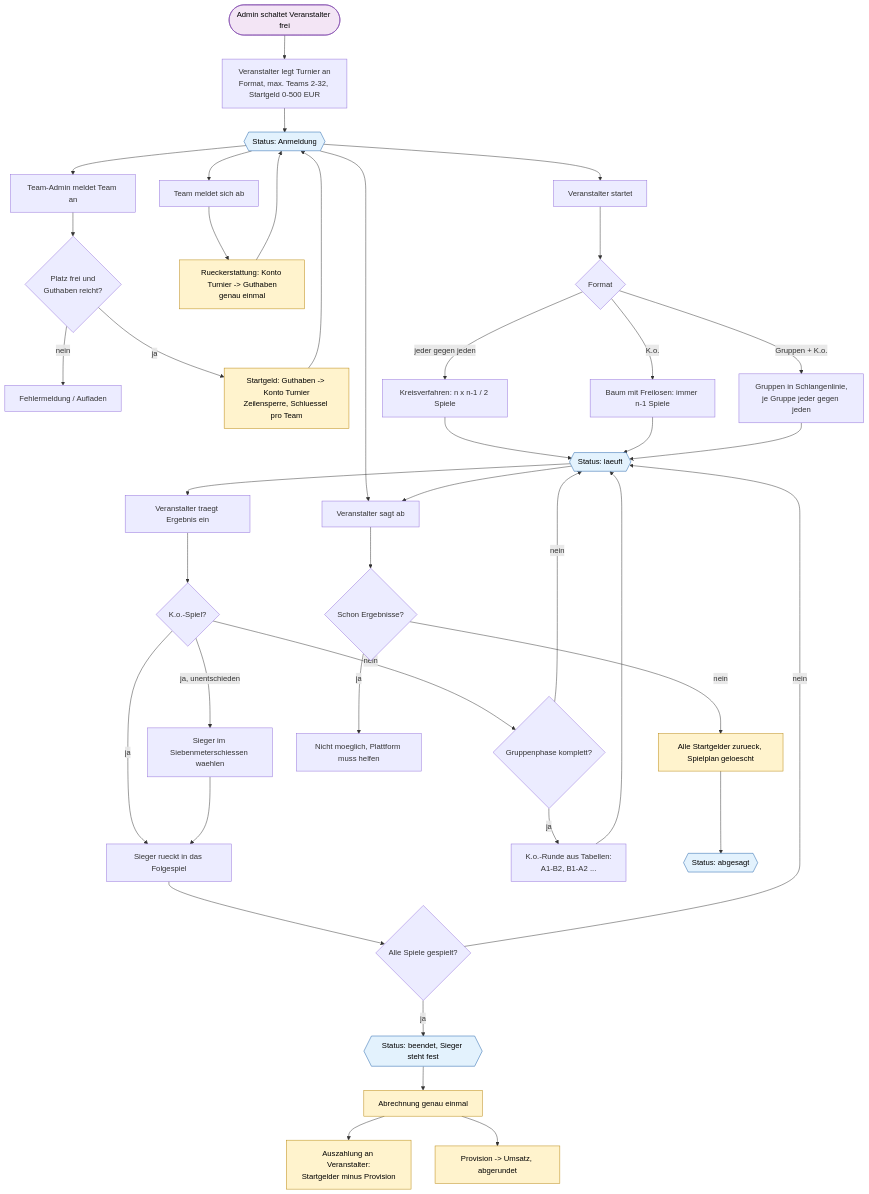
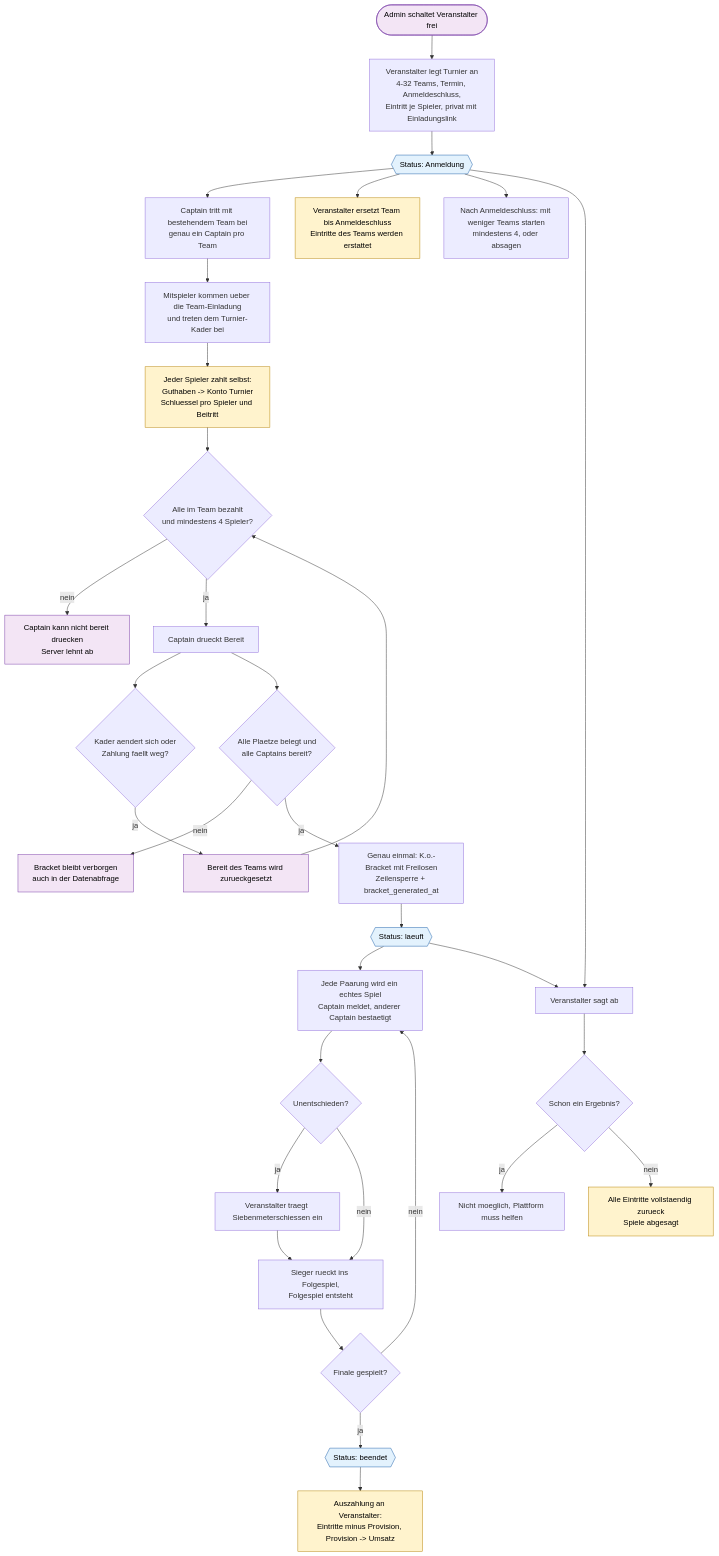
Before and after one commit to alperkagan67/soccaz: the third of 7 diagrams in docs/ARCHITEKTUR-GEBAUT.md, drawn with Mermaid. The commit also changed other lines of this file and 31 other files, not shown here.

Commit message:
Privatspiel (Einladungslink, Einteilung, geteilte Miete, nicht öffentlich), drei getrennte Spielarten, Zeitfenster klar benannt, Doku

````diff
--- a/docs/ARCHITEKTUR-GEBAUT.md
+++ b/docs/ARCHITEKTUR-GEBAUT.md
@@ -127,46 +131,38 @@
 ```mermaid
 flowchart TD
   classDef money fill:#fff3cd,stroke:#b8860b,color:#000
   classDef state fill:#e3f2fd,stroke:#1d5fa8,color:#000
   classDef rule fill:#f3e5f5,stroke:#7a3fa8,color:#000
 
-  A([Admin schaltet Veranstalter frei]):::rule --> B[Veranstalter legt Turnier an<br/>Format, max. Teams 2-32, Startgeld 0-500 EUR]
+  A([Admin schaltet Veranstalter frei]):::rule --> B[Veranstalter legt Turnier an<br/>4-32 Teams, Termin, Anmeldeschluss,<br/>Eintritt je Spieler, privat mit Einladungslink]
   B --> C{{Status: Anmeldung}}:::state
-  C --> D[Team-Admin meldet Team an]
-  D --> E{Platz frei und<br/>Guthaben reicht?}
-  E -- nein --> D1[Fehlermeldung / Aufladen]
-  E -- ja --> F[Startgeld: Guthaben -> Konto Turnier<br/>Zeilensperre, Schluessel pro Team]:::money
-  F --> C
-  C --> G[Team meldet sich ab]
-  G --> H[Rueckerstattung: Konto Turnier -> Guthaben<br/>genau einmal]:::money
-  H --> C
-  C --> I[Veranstalter startet]
-  I --> J{Format}
-  J -- jeder gegen jeden --> K1[Kreisverfahren: n x n-1 / 2 Spiele]
-  J -- K.o. --> K2[Baum mit Freilosen: immer n-1 Spiele]
-  J -- Gruppen + K.o. --> K3[Gruppen in Schlangenlinie,<br/>je Gruppe jeder gegen jeden]
-  K1 --> L{{Status: laeuft}}:::state
-  K2 --> L
-  K3 --> L
-  L --> M[Veranstalter traegt Ergebnis ein]
-  M --> N{K.o.-Spiel?}
-  N -- ja, unentschieden --> O[Sieger im Siebenmeterschiessen waehlen]
-  N -- ja --> P[Sieger rueckt in das Folgespiel]
+  C --> D[Captain tritt mit bestehendem Team bei<br/>genau ein Captain pro Team]
+  D --> E[Mitspieler kommen ueber die Team-Einladung<br/>und treten dem Turnier-Kader bei]
+  E --> F[Jeder Spieler zahlt selbst:<br/>Guthaben -> Konto Turnier<br/>Schluessel pro Spieler und Beitritt]:::money
+  F --> G{Alle im Team bezahlt<br/>und mindestens 4 Spieler?}
+  G -- nein --> G1[Captain kann nicht bereit druecken<br/>Server lehnt ab]:::rule
+  G -- ja --> H[Captain drueckt Bereit]
+  H --> I{Kader aendert sich oder<br/>Zahlung faellt weg?}
+  I -- ja --> I1[Bereit des Teams wird zurueckgesetzt]:::rule
+  I1 --> G
+  H --> J{Alle Plaetze belegt und<br/>alle Captains bereit?}
+  J -- nein --> J1[Bracket bleibt verborgen<br/>auch in der Datenabfrage]:::rule
+  J -- ja --> K[Genau einmal: K.o.-Bracket mit Freilosen<br/>Zeilensperre + bracket_generated_at]
+  K --> L{{Status: laeuft}}:::state
+  L --> M[Jede Paarung wird ein echtes Spiel<br/>Captain meldet, anderer Captain bestaetigt]
+  M --> N{Unentschieden?}
+  N -- ja --> O[Veranstalter traegt Siebenmeterschiessen ein]
+  N -- nein --> P[Sieger rueckt ins Folgespiel,<br/>Folgespiel entsteht]
   O --> P
-  N -- nein --> Q{Gruppenphase komplett?}
-  Q -- ja --> R[K.o.-Runde aus Tabellen:<br/>A1-B2, B1-A2 ...]
-  P --> S{Alle Spiele gespielt?}
-  R --> L
-  Q -- nein --> L
-  S -- nein --> L
-  S -- ja --> T{{Status: beendet, Sieger steht fest}}:::state
-  T --> U[Abrechnung genau einmal]:::money
-  U --> V[Auszahlung an Veranstalter:<br/>Startgelder minus Provision]:::money
-  U --> W[Provision -> Umsatz, abgerundet]:::money
+  P --> S{Finale gespielt?}
+  S -- nein --> M
+  S -- ja --> T{{Status: beendet}}:::state
+  T --> U[Auszahlung an Veranstalter:<br/>Eintritte minus Provision, Provision -> Umsatz]:::money
+  C --> V[Veranstalter ersetzt Team bis Anmeldeschluss<br/>Eintritte des Teams werden erstattet]:::money
+  C --> W[Nach Anmeldeschluss: mit weniger Teams starten<br/>mindestens 4, oder absagen]
   C --> X[Veranstalter sagt ab]
   L --> X
-  X --> Y{Schon Ergebnisse?}
+  X --> Y{Schon ein Ergebnis?}
   Y -- ja --> Z[Nicht moeglich, Plattform muss helfen]
-  Y -- nein --> AA[Alle Startgelder zurueck, Spielplan geloescht]:::money
-  AA --> AB{{Status: abgesagt}}:::state
+  Y -- nein --> AA[Alle Eintritte vollstaendig zurueck<br/>Spiele abgesagt]:::money
 ```
````
